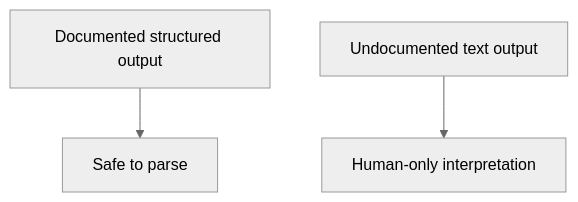
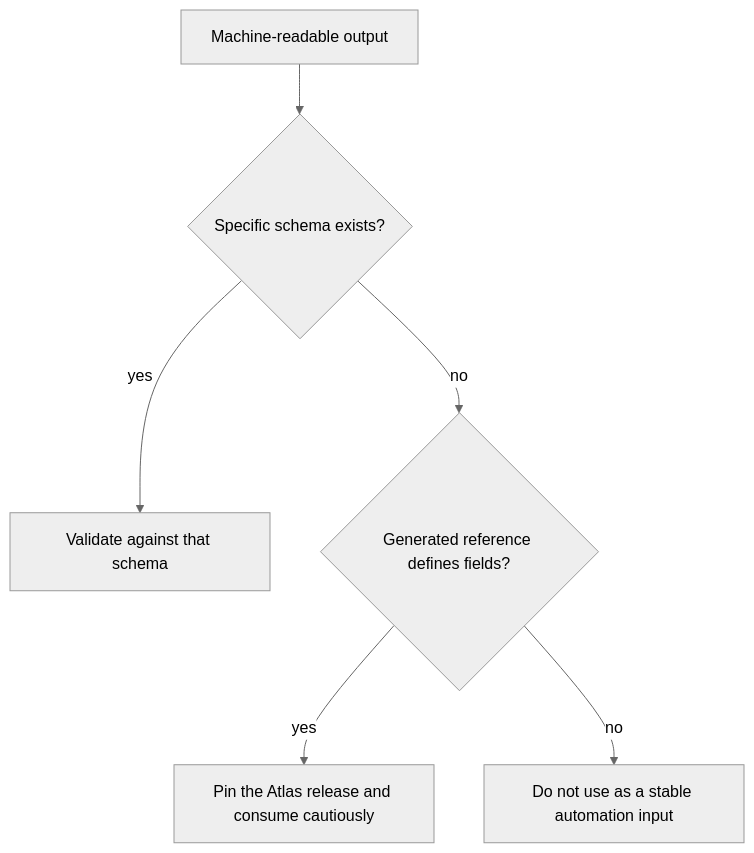
One commit to bijux/bijux-atlas changed the first of 2 diagrams in docs/bijux-atlas/contracts/structured-output-contracts.md. Above: the diagram before and after it, drawn with Mermaid (neutral theme). The commit also changed other lines of this file and 2 other files, not shown here.

Commit message:
docs(contracts): define product guarantees and output stability

````diff
--- a/docs/bijux-atlas/contracts/structured-output-contracts.md
+++ b/docs/bijux-atlas/contracts/structured-output-contracts.md
@@ -29,5 +19,8 @@
 ```mermaid
 flowchart TD
-    Stable[Documented structured output] --> Parse[Safe to parse]
-    Unstable[Undocumented text output] --> Human[Human-only interpretation]
+    Output[Machine-readable output] --> Schema{Specific schema exists?}
+    Schema -- yes --> Validate[Validate against that schema]
+    Schema -- no --> Reference{Generated reference defines fields?}
+    Reference -- yes --> Pin[Pin the Atlas release and consume cautiously]
+    Reference -- no --> Human[Do not use as a stable automation input]
 ```
````
